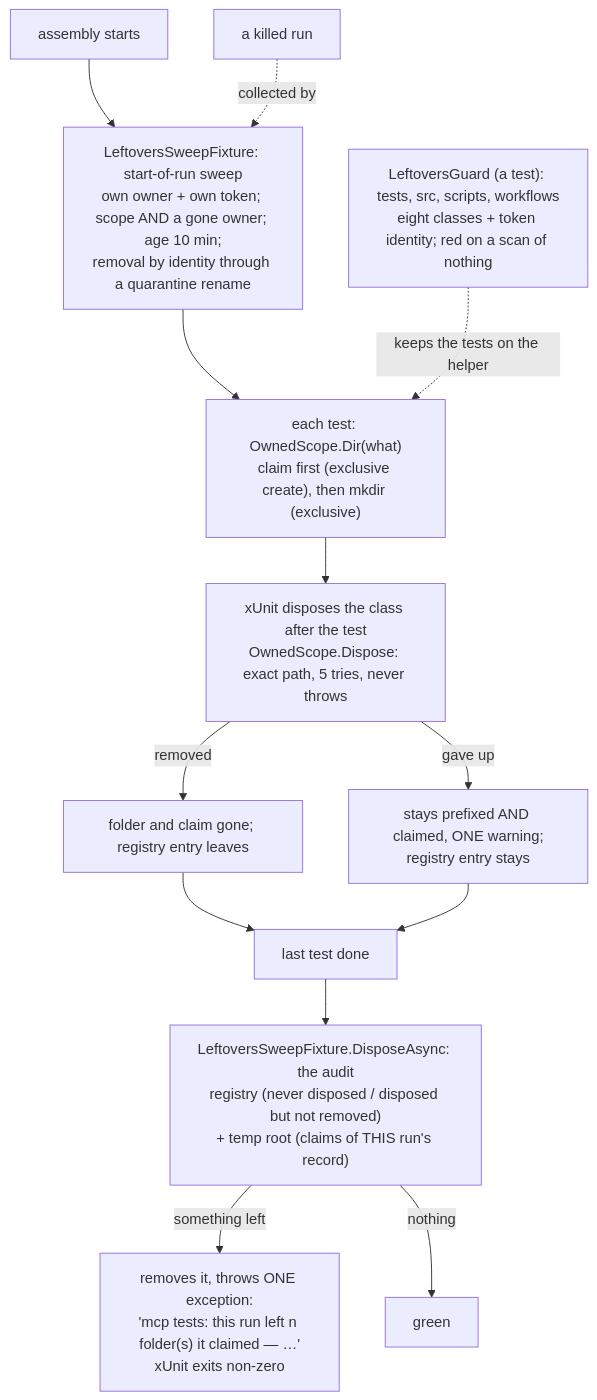
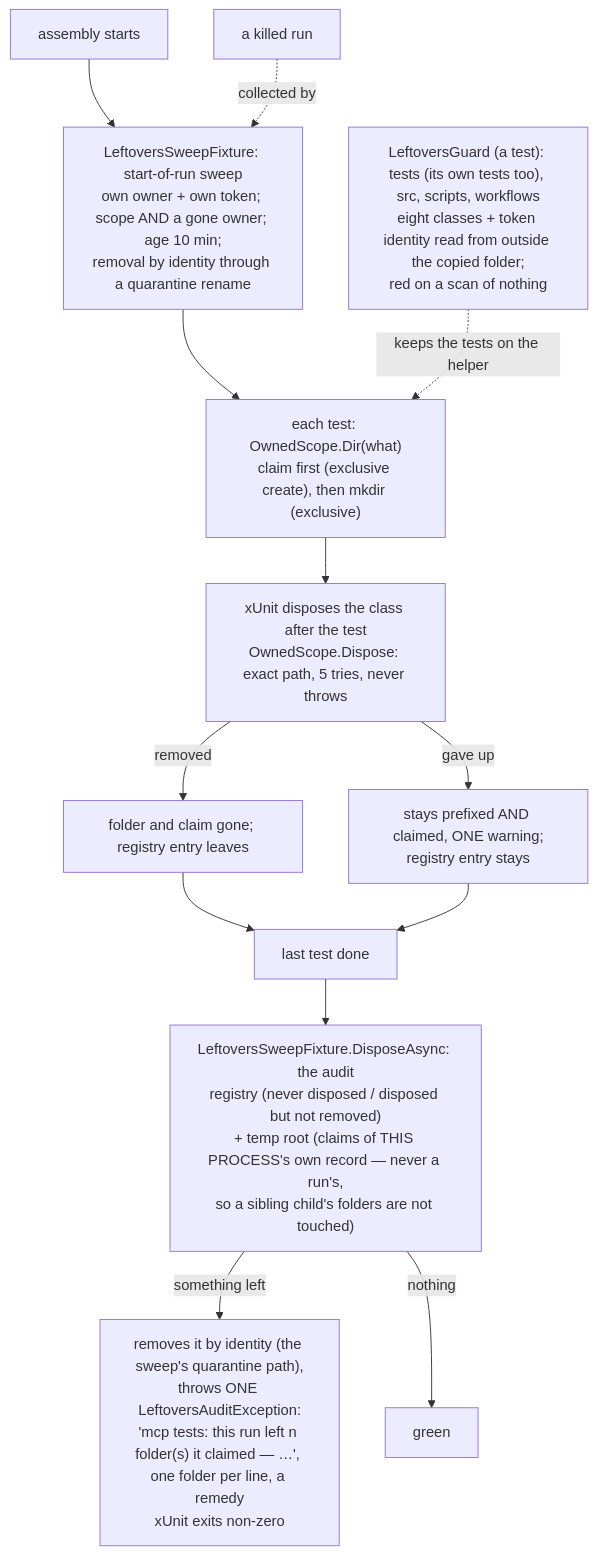
One commit to oleksandrdubyna88/dew_flow_mcp changed the diagram in research/module_tests.md. Above: the diagram before and after it, drawn with Mermaid. The commit also changed other lines of this file and 1 other file, not shown here.

First line of the commit message:
docs(research): the E3 plan's Deviations carry the review fixes A to N; module_tests.md says what the guard and audit now prove — review N

````diff
--- a/research/module_tests.md
+++ b/research/module_tests.md
@@ -30,15 +30,15 @@
 ```mermaid
 flowchart TD
     START["assembly starts"] --> SWEEP["LeftoversSweepFixture: start-of-run sweep<br/>own owner + own token; scope AND a gone owner; age 10 min;<br/>removal by identity through a quarantine rename"]
     SWEEP --> TEST["each test: OwnedScope.Dir(what)<br/>claim first (exclusive create), then mkdir (exclusive)"]
     TEST --> DISPOSE["xUnit disposes the class after the test<br/>OwnedScope.Dispose: exact path, 5 tries, never throws"]
     DISPOSE -->|removed| GONE["folder and claim gone; registry entry leaves"]
     DISPOSE -->|gave up| KEPT["stays prefixed AND claimed, ONE warning;<br/>registry entry stays"]
     GONE --> END["last test done"]
     KEPT --> END
-    END --> AUDIT["LeftoversSweepFixture.DisposeAsync: the audit<br/>registry (never disposed / disposed but not removed)<br/>+ temp root (claims of THIS run's record)"]
-    AUDIT -->|something left| RED["removes it, throws ONE exception:<br/>'mcp tests: this run left n folder(s) it claimed — …'<br/>xUnit exits non-zero"]
+    END --> AUDIT["LeftoversSweepFixture.DisposeAsync: the audit<br/>registry (never disposed / disposed but not removed)<br/>+ temp root (claims of THIS PROCESS's own record — never a run's,<br/>so a sibling child's folders are not touched)"]
+    AUDIT -->|something left| RED["removes it by identity (the sweep's quarantine path),<br/>throws ONE LeftoversAuditException:<br/>'mcp tests: this run left n folder(s) it claimed — …', one folder per line, a remedy<br/>xUnit exits non-zero"]
     AUDIT -->|nothing| GREEN["green"]
     KILLED["a killed run"] -.->|collected by| SWEEP
-    GUARD["LeftoversGuard (a test): tests, src, scripts, workflows<br/>eight classes + token identity; red on a scan of nothing"] -.->|keeps the tests on the helper| TEST
+    GUARD["LeftoversGuard (a test): tests (its own tests too), src, scripts, workflows<br/>eight classes + token identity read from outside the copied folder;<br/>red on a scan of nothing"] -.->|keeps the tests on the helper| TEST
 ```
````
